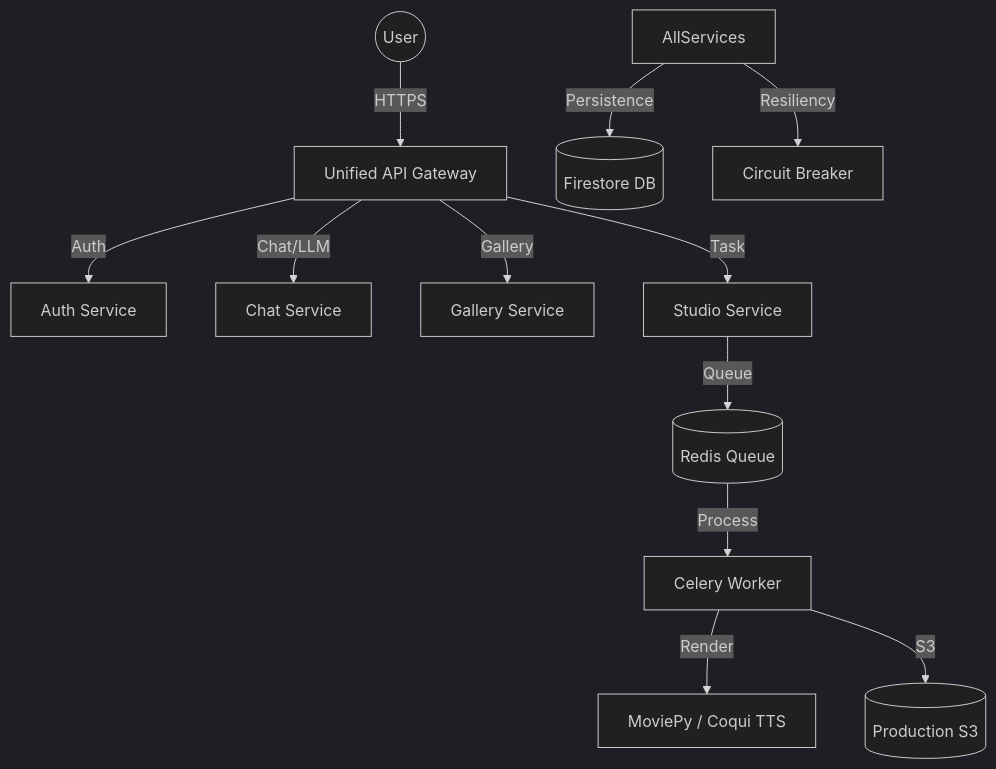
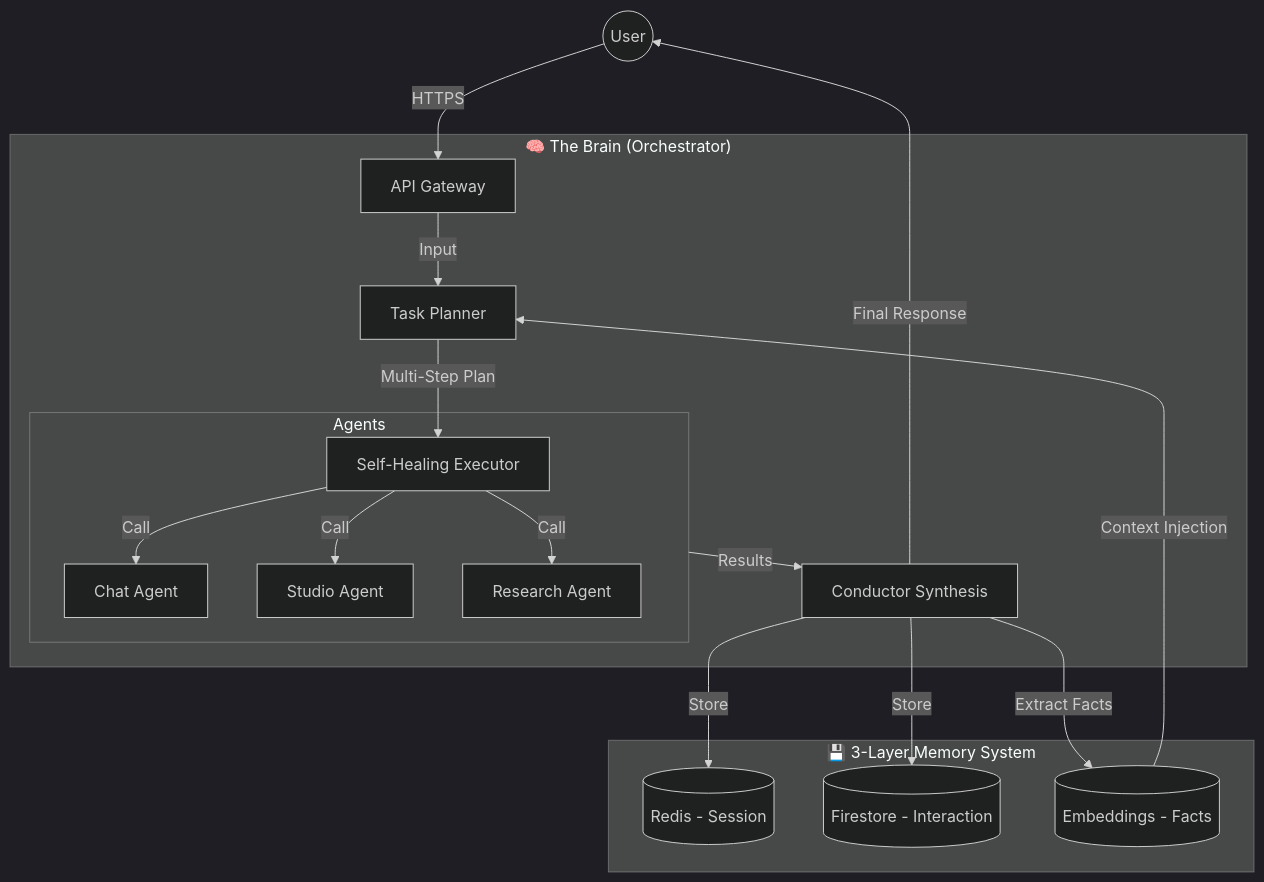
Before and after one commit to Blackdrg/levi-ai-innovate: the diagram in README.md, drawn with Mermaid (dark theme). The commit also changed other lines of this file and 40 other files, not shown here.

````diff
--- a/README.md
+++ b/README.md
@@ -11,16 +15,26 @@
 ```mermaid
 graph TD
-    User((User)) -->|HTTPS| Gateway[Unified API Gateway]
-    Gateway -->|Auth| AuthService[Auth Service]
-    Gateway -->|Chat/LLM| ChatService[Chat Service]
-    Gateway -->|Gallery| GalleryService[Gallery Service]
-    Gateway -->|Task| StudioService[Studio Service]
+    User((User)) -->|HTTPS| Gateway[API Gateway]
     
-    StudioService -->|Queue| Redis[(Redis Queue)]
-    Redis -->|Process| Worker[Celery Worker]
-    Worker -->|Render| MoviePy[MoviePy / Coqui TTS]
-    Worker -->|S3| S3[(Production S3)]
+    subgraph Brain ["🧠 The Brain (Orchestrator)"]
+        Gateway -->|Input| Planner[Task Planner]
+        Planner -->|Multi-Step Plan| Executor[Self-Healing Executor]
+        
+        subgraph Agents
+            Executor -->|Call| ChatAgent[Chat Agent]
+            Executor -->|Call| ImageAgent[Studio Agent]
+            Executor -->|Call| ResearchAgent[Research Agent]
+        end
+        
+        Agents -->|Results| Synthesizer[Conductor Synthesis]
+    end
     
-    AllServices -->|Persistence| Firestore[(Firestore DB)]
-    AllServices -->|Resiliency| CircuitBreaker[Circuit Breaker]
+    subgraph Memory ["💾 3-Layer Memory System"]
+        Synthesizer -->|Store| ShortTerm[(Redis - Session)]
+        Synthesizer -->|Store| MidTerm[(Firestore - Interaction)]
+        Synthesizer -->|Extract Facts| LongTerm[(Embeddings - Facts)]
+    end
+    
+    LongTerm -->|Context Injection| Planner
+    Synthesizer -->|Final Response| User
 ```
````
